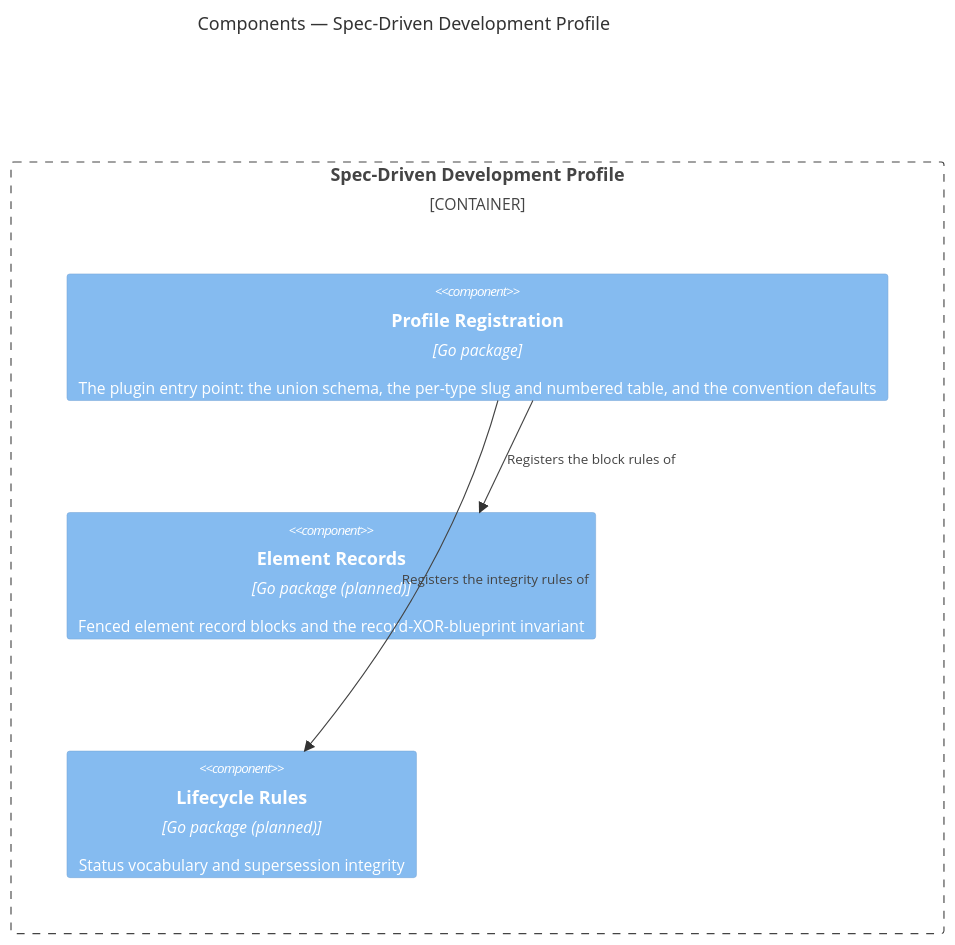
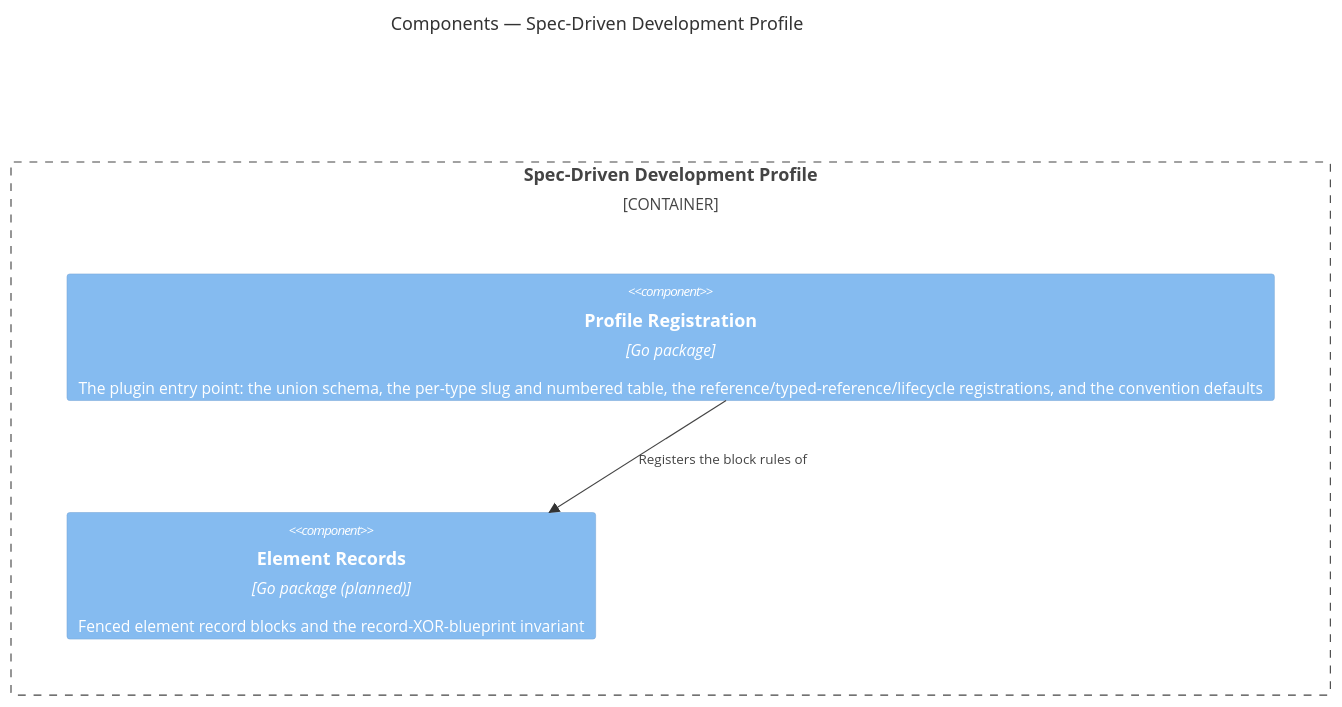
Before and after one commit to brettcallaghan/specs: the diagram in specs/architecture/module-spec-profile.md, drawn with Mermaid. The commit also changed other lines of this file and 135 other files, not shown here.

First line of the commit message:
Spec corpus reference integrity: extraction, resolution, four checks, and the refs subcommand (#16)

````diff
--- a/specs/architecture/module-spec-profile.md
+++ b/specs/architecture/module-spec-profile.md
@@ -125,11 +156,9 @@
 ```mermaid
 C4Component
     title Components — Spec-Driven Development Profile
     Container_Boundary(profile, "Spec-Driven Development Profile") {
-        Component(reg, "Profile Registration", "Go package", "The plugin entry point: the union schema, the per-type slug and numbered table, and the convention defaults")
+        Component(reg, "Profile Registration", "Go package", "The plugin entry point: the union schema, the per-type slug and numbered table, the reference/typed-reference/lifecycle registrations, and the convention defaults")
         Component(records, "Element Records", "Go package (planned)", "Fenced element record blocks and the record-XOR-blueprint invariant")
-        Component(life, "Lifecycle Rules", "Go package (planned)", "Status vocabulary and supersession integrity")
     }
     Rel(reg, records, "Registers the block rules of")
-    Rel(reg, life, "Registers the integrity rules of")
 ```
````
